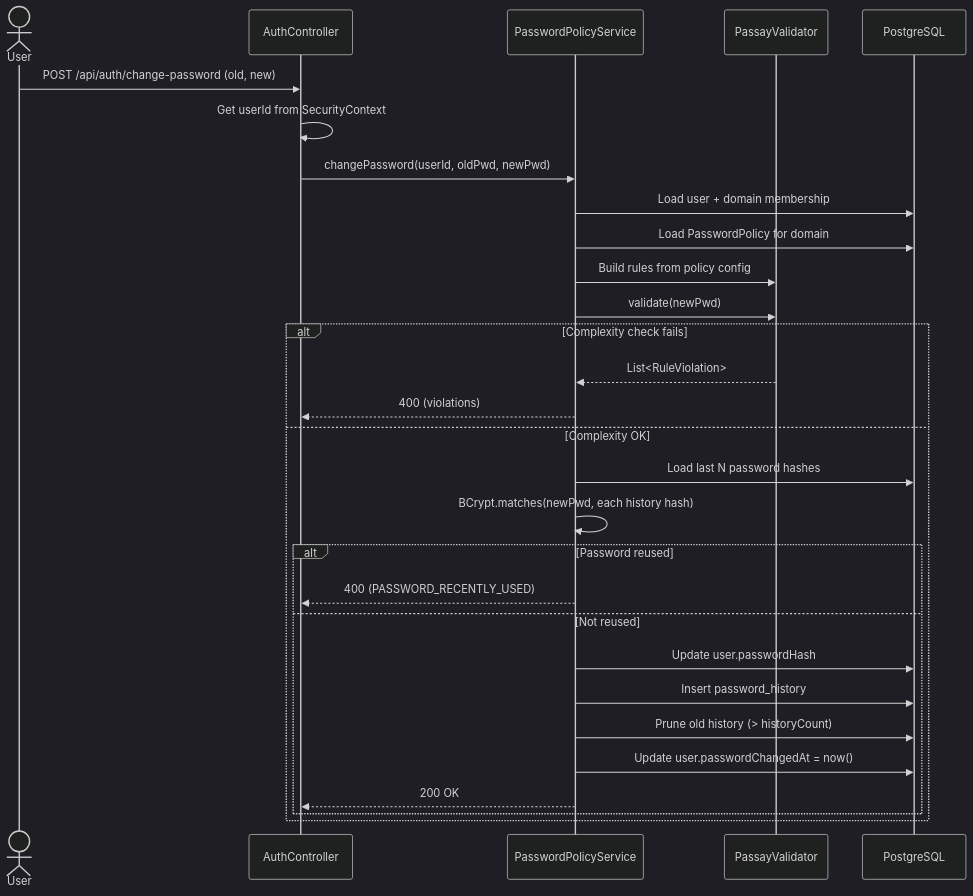
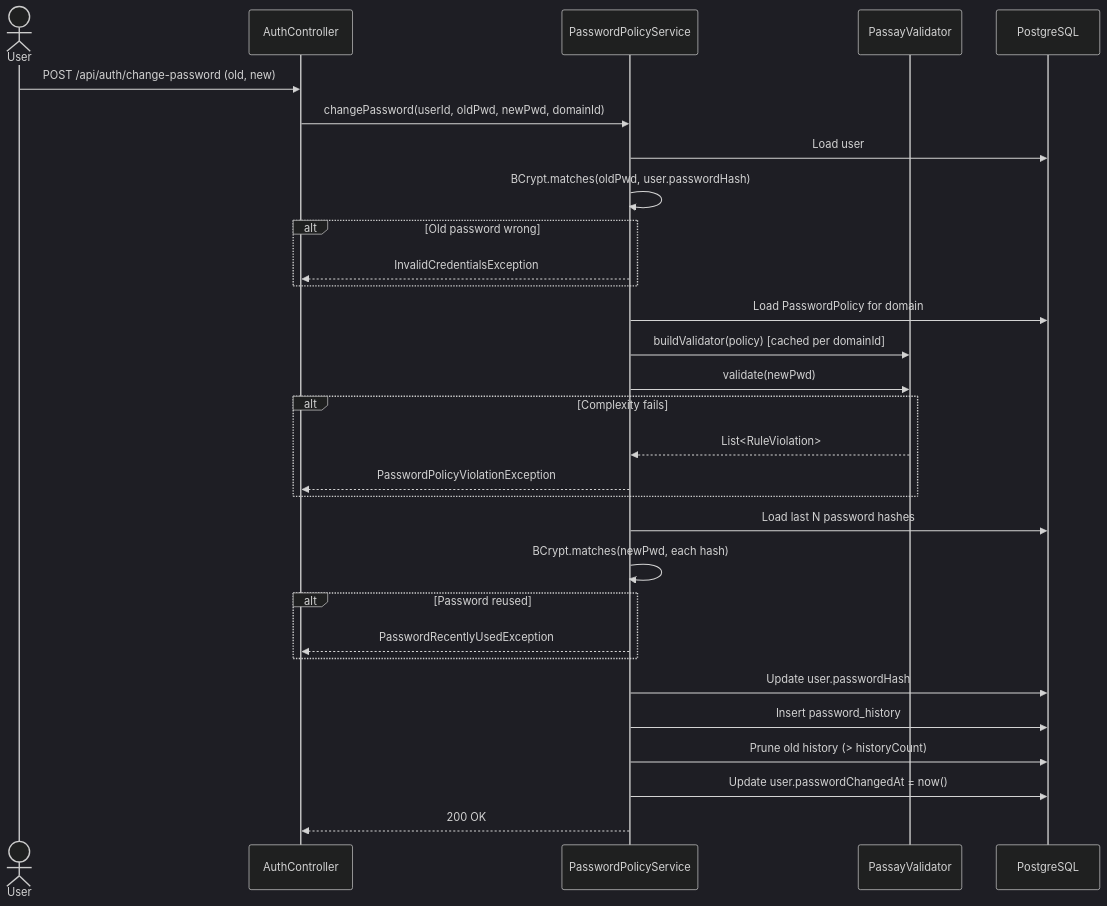
The seventh of 8 diagrams in openspec/research/auth-core-features/technical_spec.md (nguyentthai96/auth-service), drawn with Mermaid (dark theme) before and after one commit. The commit also changed other lines of this file and 93 other files, not shown here.

````diff
--- a/openspec/research/auth-core-features/technical_spec.md
+++ b/openspec/research/auth-core-features/technical_spec.md
@@ -235,35 +448,40 @@
 ```mermaid
 sequenceDiagram
     actor User
     participant AC as AuthController
     participant PPS as PasswordPolicyService
     participant Passay as PassayValidator
     participant DB as PostgreSQL
 
     User->>AC: POST /api/auth/change-password (old, new)
-    AC->>AC: Get userId from SecurityContext
-    AC->>PPS: changePassword(userId, oldPwd, newPwd)
+    AC->>PPS: changePassword(userId, oldPwd, newPwd, domainId)
 
-    PPS->>DB: Load user + domain membership
+    PPS->>DB: Load user
+    PPS->>PPS: BCrypt.matches(oldPwd, user.passwordHash)
+
+    alt Old password wrong
+        PPS-->>AC: InvalidCredentialsException
+    end
+
     PPS->>DB: Load PasswordPolicy for domain
-    PPS->>Passay: Build rules from policy config
+    PPS->>Passay: buildValidator(policy) [cached per domainId]
     PPS->>Passay: validate(newPwd)
 
-    alt Complexity check fails
+    alt Complexity fails
         Passay-->>PPS: List<RuleViolation>
-        PPS-->>AC: 400 (violations)
-    else Complexity OK
-        PPS->>DB: Load last N password hashes
-        PPS->>PPS: BCrypt.matches(newPwd, each history hash)
+        PPS-->>AC: PasswordPolicyViolationException
+    end
 
-        alt Password reused
-            PPS-->>AC: 400 (PASSWORD_RECENTLY_USED)
-        else Not reused
-            PPS->>DB: Update user.passwordHash
-            PPS->>DB: Insert password_history
-            PPS->>DB: Prune old history (> historyCount)
-            PPS->>DB: Update user.passwordChangedAt = now()
-            PPS-->>AC: 200 OK
-        end
+    PPS->>DB: Load last N password hashes
+    PPS->>PPS: BCrypt.matches(newPwd, each hash)
+
+    alt Password reused
+        PPS-->>AC: PasswordRecentlyUsedException
     end
+
+    PPS->>DB: Update user.passwordHash
+    PPS->>DB: Insert password_history
+    PPS->>DB: Prune old history (> historyCount)
+    PPS->>DB: Update user.passwordChangedAt = now()
+    PPS-->>AC: 200 OK
 ```
````
